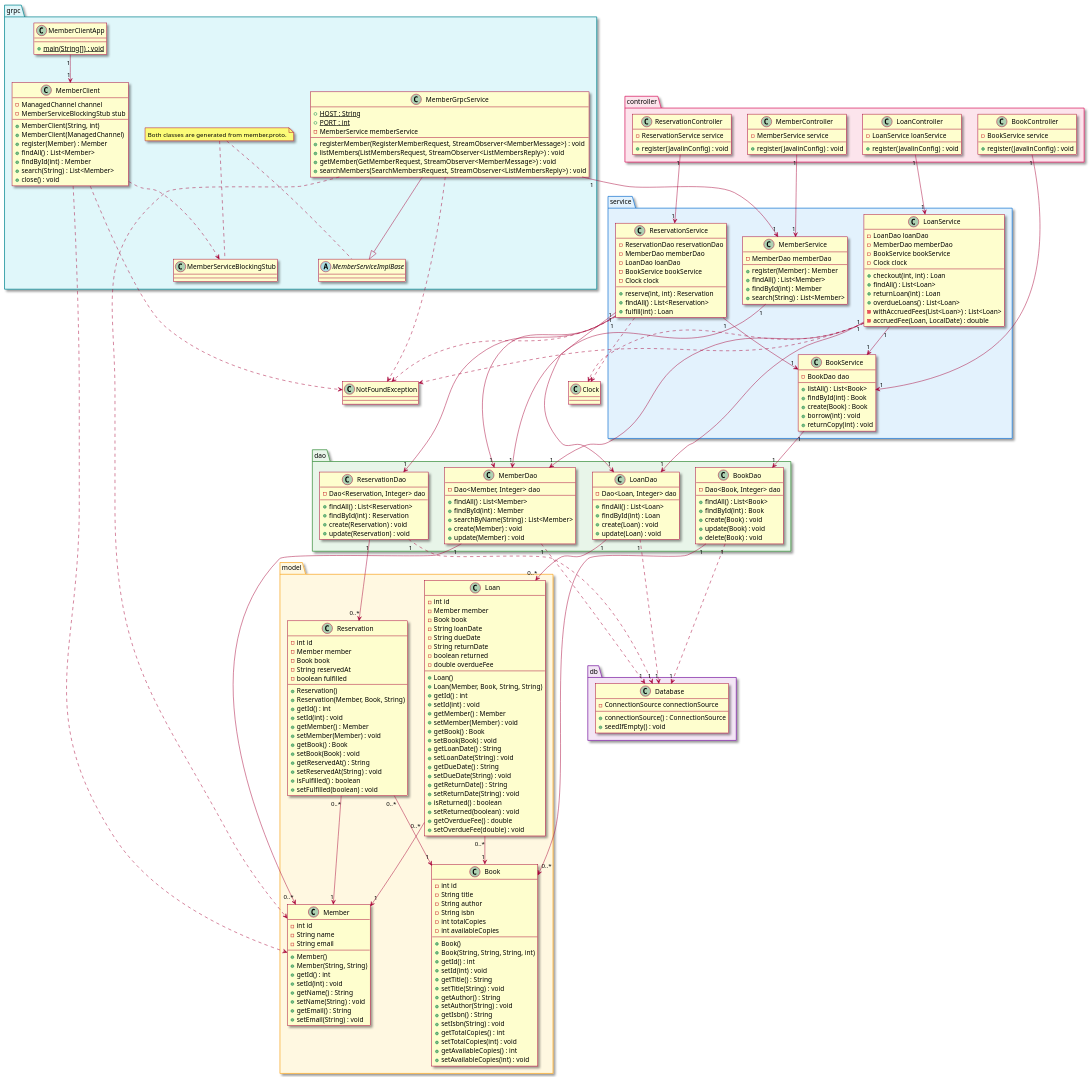
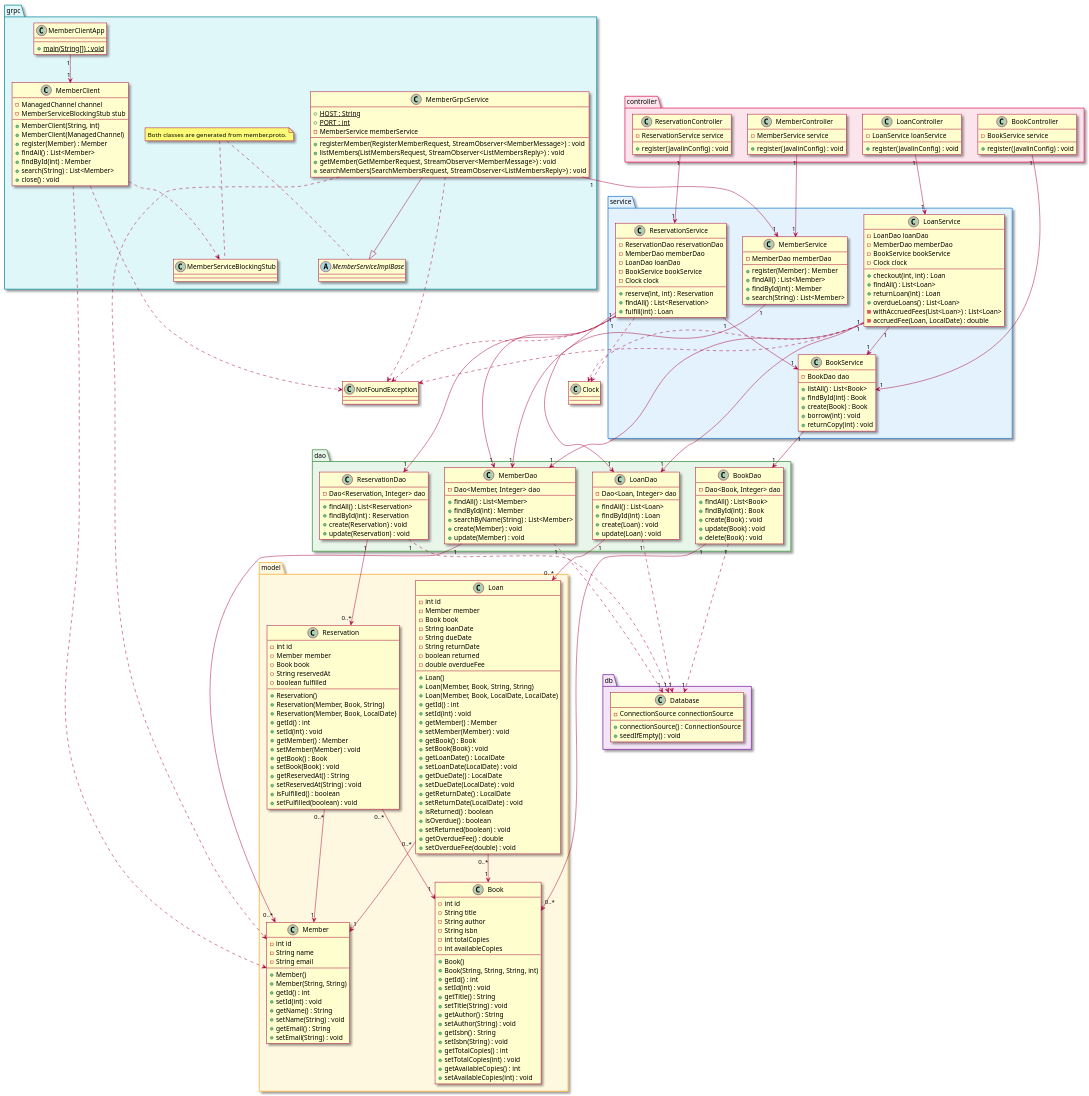
One commit to Andoniprog/Tarea_3_AS_Andoni_Madrid changed the diagram in docs/class-diagram.puml. Above: the diagram before and after it, drawn with PlantUML. The commit also changed 1 other file, not shown here.

Commit message:
docs: alinear el diagrama de clases y el README con el codigo
En el diagrama, Loan expone sus fechas como LocalDate, agrega el
constructor con LocalDate e isOverdue(), y Reservation agrega su
constructor con LocalDate. El titulo final del README nombra la Tarea 3.

```diff
--- a/docs/class-diagram.puml
+++ b/docs/class-diagram.puml
@@ -181,19 +181,21 @@
     - double overdueFee
     + Loan()
     + Loan(Member, Book, String, String)
+    + Loan(Member, Book, LocalDate, LocalDate)
     + getId() : int
     + setId(int) : void
     + getMember() : Member
     + setMember(Member) : void
     + getBook() : Book
     + setBook(Book) : void
-    + getLoanDate() : String
-    + setLoanDate(String) : void
-    + getDueDate() : String
-    + setDueDate(String) : void
-    + getReturnDate() : String
-    + setReturnDate(String) : void
+    + getLoanDate() : LocalDate
+    + setLoanDate(LocalDate) : void
+    + getDueDate() : LocalDate
+    + setDueDate(LocalDate) : void
+    + getReturnDate() : LocalDate
+    + setReturnDate(LocalDate) : void
     + isReturned() : boolean
+    + isOverdue() : boolean
     + setReturned(boolean) : void
     + getOverdueFee() : double
     + setOverdueFee(double) : void
@@ -207,6 +209,7 @@
     - boolean fulfilled
     + Reservation()
     + Reservation(Member, Book, String)
+    + Reservation(Member, Book, LocalDate)
     + getId() : int
     + setId(int) : void
     + getMember() : Member
```
